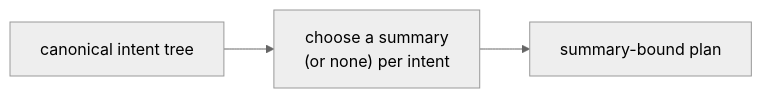
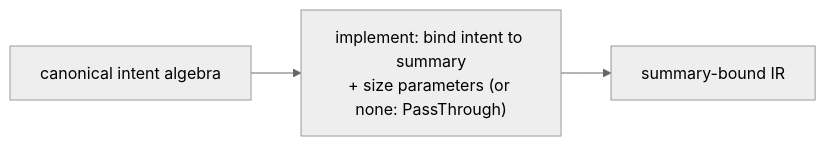
The third of 6 diagrams in docs/design.md (ProjectASAP/ASAPPlanner), drawn with Mermaid (neutral theme) before and after one commit. The commit also changed other lines of this file and 6 other files, not shown here.

````diff
--- a/docs/design.md
+++ b/docs/design.md
@@ -111,4 +137,4 @@
 ```mermaid
 flowchart LR
-    L3["canonical intent tree"] --> IT["choose a summary\n(or none) per intent"] --> L4N["summary-bound plan"]
+    L2N["canonical intent algebra"] --> IT["implement: bind intent to summary\n+ size parameters (or none: PassThrough)"] --> L3N["summary-bound IR"]
 ```
````
